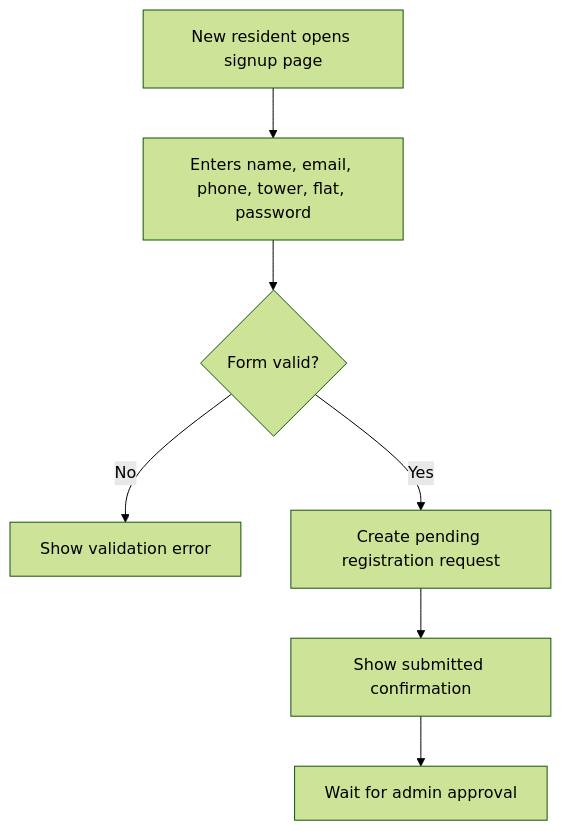
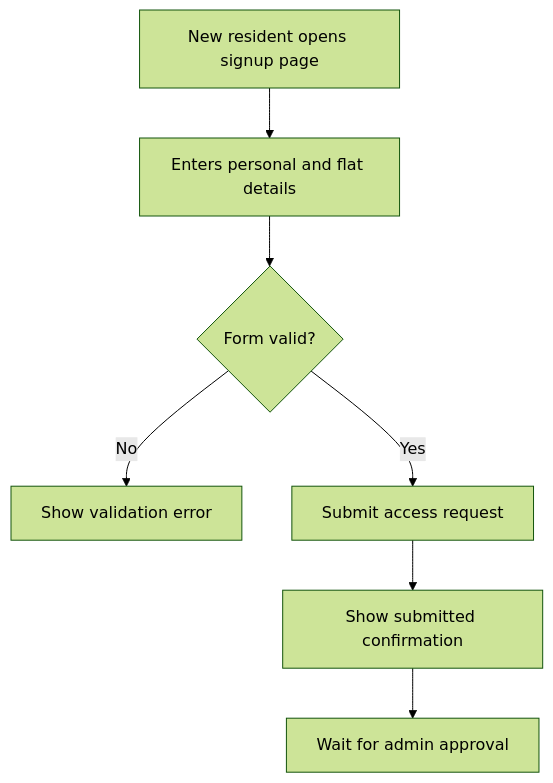
The second of 20 diagrams in implemented_flows.md (painful-bug/MAY2026-Team-035), drawn with Mermaid (forest theme) before and after one commit. The commit also changed other lines of this file, not shown here.

First line of the commit message:
Simplify flow documentation

````diff
--- a/implemented_flows.md
+++ b/implemented_flows.md
@@ -57,9 +21,9 @@
 ```mermaid
 flowchart TD
-  A[New resident opens signup page] --> B[Enters name, email, phone, tower, flat, password]
+  A[New resident opens signup page] --> B[Enters personal and flat details]
   B --> C{Form valid?}
   C -->|No| D[Show validation error]
-  C -->|Yes| E[Create pending registration request]
+  C -->|Yes| E[Submit access request]
   E --> F[Show submitted confirmation]
   F --> G[Wait for admin approval]
 ```
````
